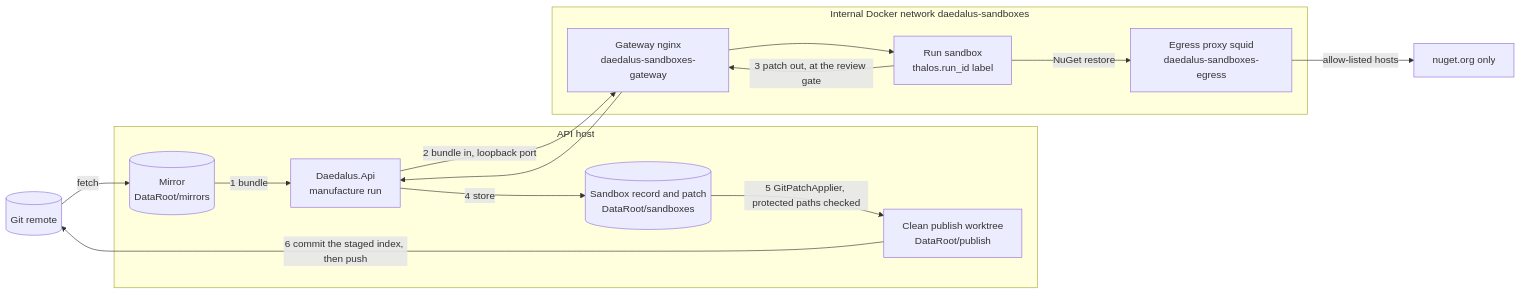
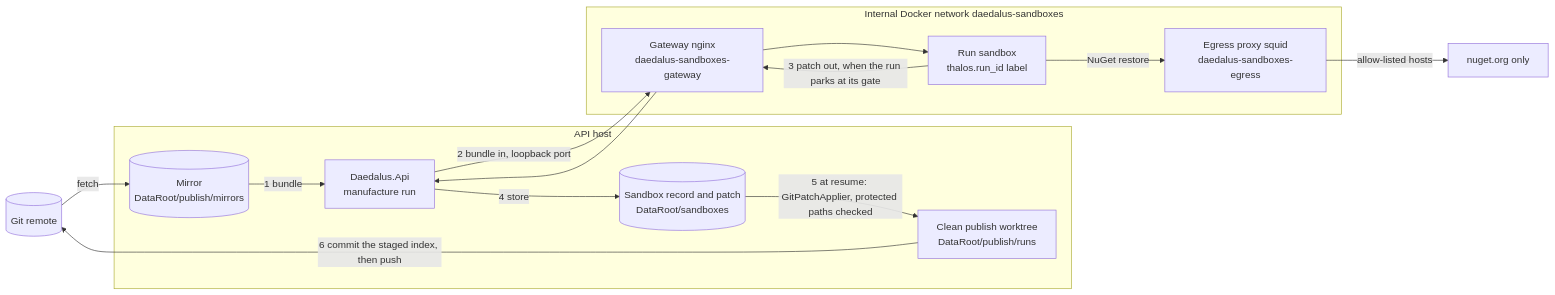
Diagram 27 of 27 in docs/architecture-diagrams.md (MarcelRoozekrans/Daedalus.NET), drawn with Mermaid before and after one commit. The commit also changed other lines of this file and 2 other files, not shown here.

First line of the commit message:
docs: correct the sandbox file layout and publish flow against Thalos 0.14.2

````diff
--- a/docs/architecture-diagrams.md
+++ b/docs/architecture-diagrams.md
@@ -2217,31 +2217,31 @@
 ```mermaid
 flowchart LR
     Remote[("Git remote")]
 
     subgraph Host["API host"]
         Api["Daedalus.Api<br/>manufacture run"]
-        Mirror[("Mirror<br/>DataRoot/mirrors")]
+        Mirror[("Mirror<br/>DataRoot/publish/mirrors")]
         Store[("Sandbox record and patch<br/>DataRoot/sandboxes")]
-        Pub["Clean publish worktree<br/>DataRoot/publish"]
+        Pub["Clean publish worktree<br/>DataRoot/publish/runs"]
     end
 
     subgraph Net["Internal Docker network daedalus-sandboxes"]
         Gw["Gateway nginx<br/>daedalus-sandboxes-gateway"]
         Sb["Run sandbox<br/>thalos.run_id label"]
         Eg["Egress proxy squid<br/>daedalus-sandboxes-egress"]
     end
 
     Nuget["nuget.org only"]
 
     Remote -->|"fetch"| Mirror
     Mirror -->|"1 bundle"| Api
     Api -->|"2 bundle in, loopback port"| Gw
     Gw --> Sb
     Sb -->|"NuGet restore"| Eg
     Eg -->|"allow-listed hosts"| Nuget
-    Sb -->|"3 patch out, at the review gate"| Gw
+    Sb -->|"3 patch out, when the run parks at its gate"| Gw
     Gw --> Api
     Api -->|"4 store"| Store
-    Store -->|"5 GitPatchApplier, protected paths checked"| Pub
+    Store -->|"5 at resume: GitPatchApplier, protected paths checked"| Pub
     Pub -->|"6 commit the staged index, then push"| Remote
 ```
````
